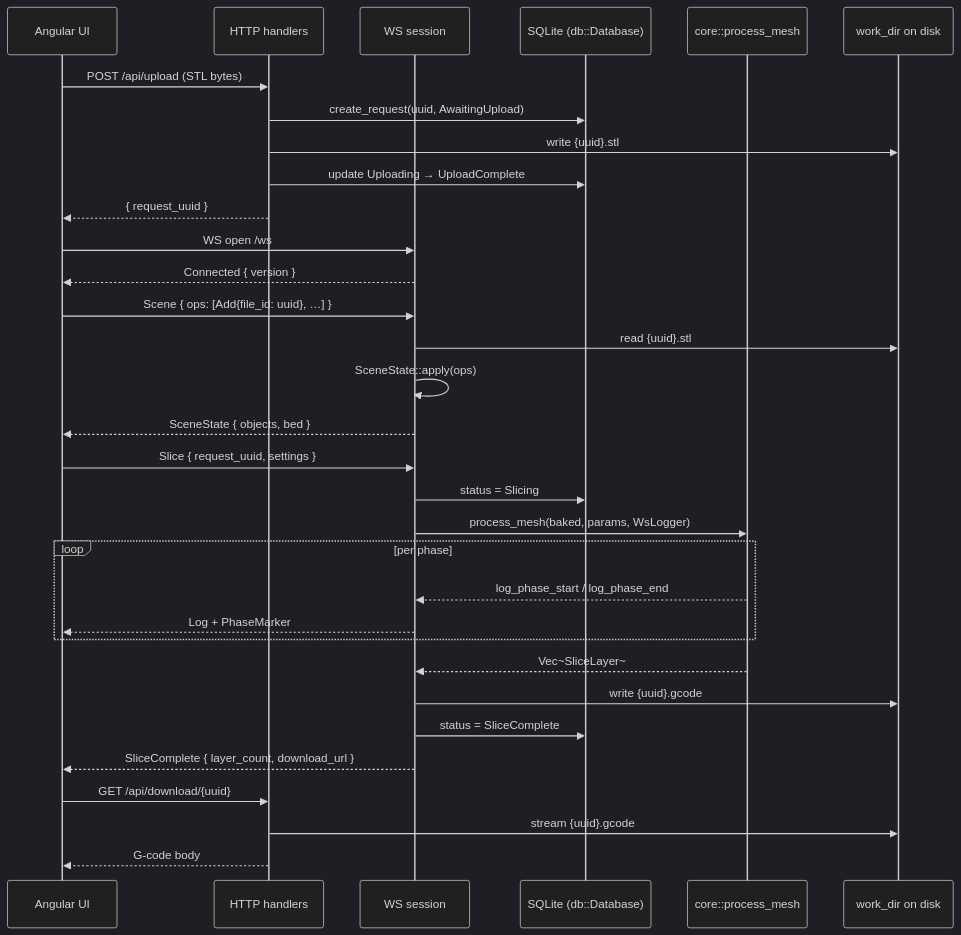
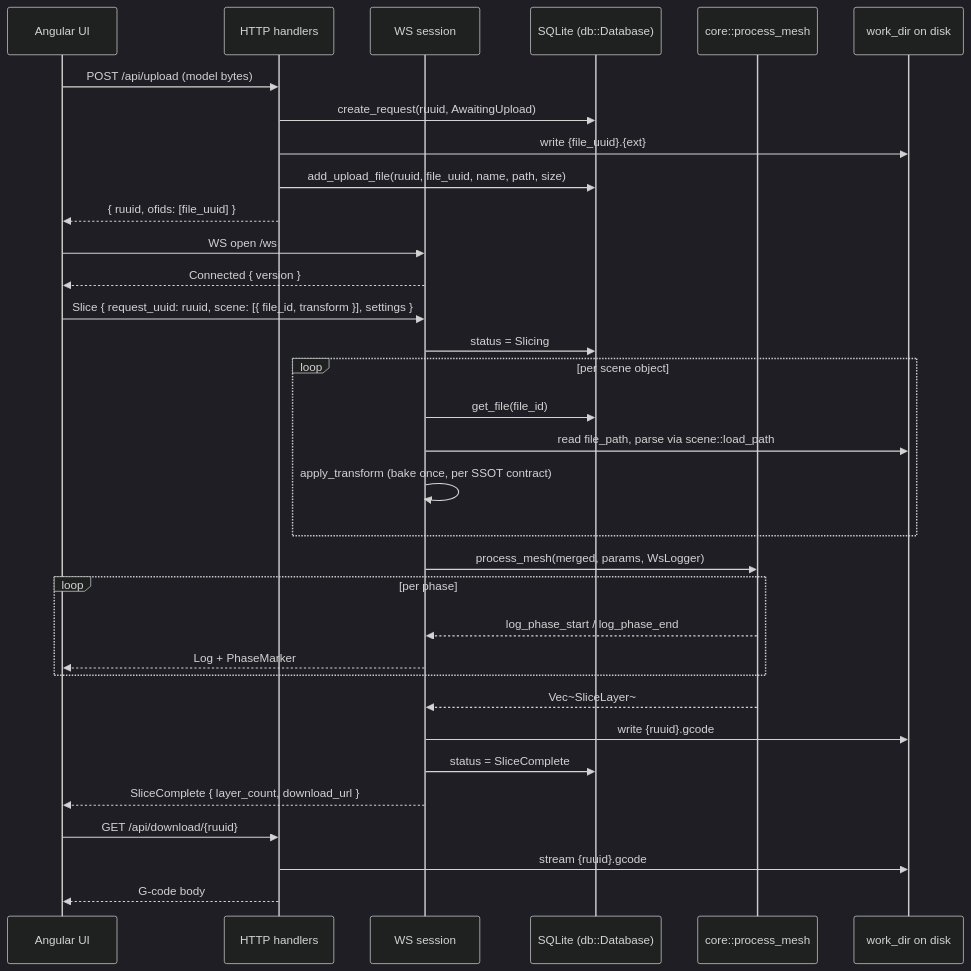
The third of 3 diagrams in src/server/README.md (max-scopp/slicer-engine), drawn with Mermaid (dark theme) before and after one commit. The commit also changed other lines of this file and 5 other files, not shown here.

First line of the commit message:
drop legacy upload columns from requests; rebuild docs around ruuid+ofids

````diff
--- a/src/server/README.md
+++ b/src/server/README.md
@@ -142,39 +156,39 @@
 ```mermaid
 sequenceDiagram
     participant U as Angular UI
     participant H as HTTP handlers
     participant W as WS session
     participant D as SQLite (db::Database)
     participant P as core::process_mesh
     participant FS as work_dir on disk
 
-    U->>H: POST /api/upload (STL bytes)
-    H->>D: create_request(uuid, AwaitingUpload)
-    H->>FS: write {uuid}.stl
-    H->>D: update Uploading → UploadComplete
-    H-->>U: { request_uuid }
+    U->>H: POST /api/upload (model bytes)
+    H->>D: create_request(ruuid, AwaitingUpload)
+    H->>FS: write {file_uuid}.{ext}
+    H->>D: add_upload_file(ruuid, file_uuid, name, path, size)
+    H-->>U: { ruuid, ofids: [file_uuid] }
 
     U->>W: WS open /ws
     W-->>U: Connected { version }
 
-    U->>W: Scene { ops: [Add{file_id: uuid}, …] }
-    W->>FS: read {uuid}.stl
-    W->>W: SceneState::apply(ops)
-    W-->>U: SceneState { objects, bed }
-
-    U->>W: Slice { request_uuid, settings }
+    U->>W: Slice { request_uuid: ruuid, scene: [{ file_id, transform }], settings }
     W->>D: status = Slicing
-    W->>P: process_mesh(baked, params, WsLogger)
+    loop per scene object
+        W->>D: get_file(file_id)
+        W->>FS: read file_path, parse via scene::load_path
+        W->>W: apply_transform (bake once, per SSOT contract)
+    end
+    W->>P: process_mesh(merged, params, WsLogger)
     loop per phase
         P-->>W: log_phase_start / log_phase_end
         W-->>U: Log + PhaseMarker
     end
     P-->>W: Vec~SliceLayer~
-    W->>FS: write {uuid}.gcode
+    W->>FS: write {ruuid}.gcode
     W->>D: status = SliceComplete
     W-->>U: SliceComplete { layer_count, download_url }
 
-    U->>H: GET /api/download/{uuid}
-    H->>FS: stream {uuid}.gcode
+    U->>H: GET /api/download/{ruuid}
+    H->>FS: stream {ruuid}.gcode
     H-->>U: G-code body
 ```
````
